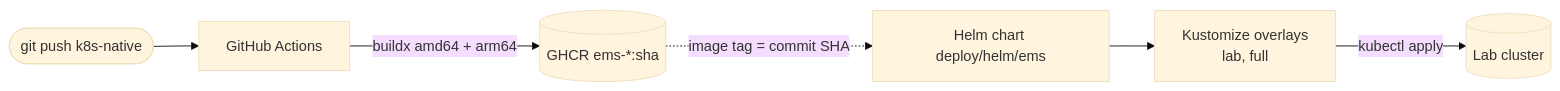
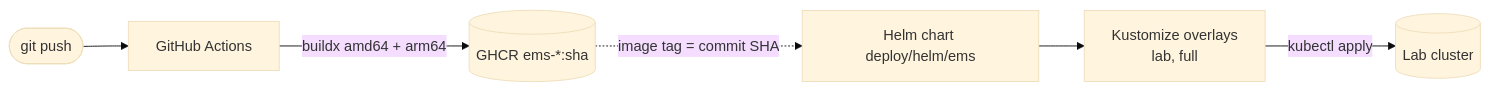
The tenth of 10 diagrams in docs/design.md (UchihaIthachi/EMS), drawn with Mermaid (base theme) before and after one commit. The commit also changed other lines of this file and 2 other files, not shown here.

Commit message:
Docs: refer to v0-legacy tag for the old version; ready to merge to main

````diff
--- a/docs/design.md
+++ b/docs/design.md
@@ -340,8 +340,8 @@
 ```mermaid
 flowchart LR
-  dev([git push k8s-native]) --> gha[GitHub Actions]
+  dev([git push]) --> gha[GitHub Actions]
   gha -->|buildx amd64 + arm64| ghcr[(GHCR ems-*:sha)]
   chart[Helm chart deploy/helm/ems] --> kz[Kustomize overlays<br/>lab, full]
   ghcr -.->|image tag = commit SHA| chart
   kz -->|kubectl apply| cluster[(Lab cluster)]
 ```
````
